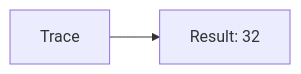
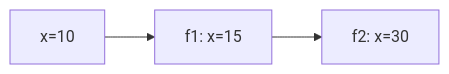
The fourth of 6 diagrams in part-c-pemahaman-cpp/04-fungsi/latihan/set-02.md (amnahwaida/OSNK_INF_PREP), drawn with Mermaid before and after one commit. The commit also changed other lines of this file and 12 other files, not shown here.

Commit message:
Premium Overhaul: Module 04 (50 high-quality Function questions with Call Stack diagrams)

````diff
--- a/part-c-pemahaman-cpp/04-fungsi/latihan/set-02.md
+++ b/part-c-pemahaman-cpp/04-fungsi/latihan/set-02.md
@@ -441,4 +141,5 @@
 ```mermaid
 graph LR
-A[Trace] --> B[Result: 32]
+A["x=10"] --> B["f1: x=15"]
+B --> C["f2: x=30"]
 ```
````
